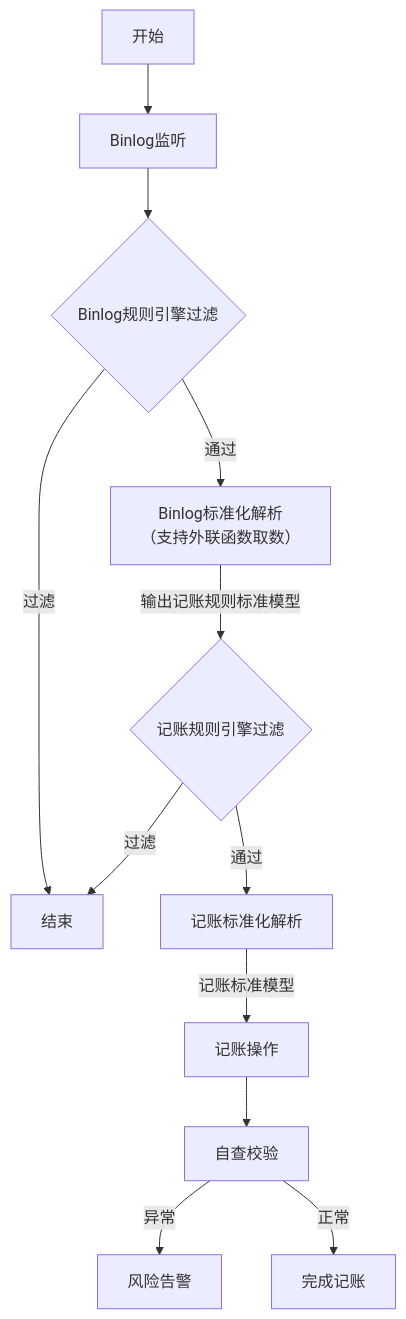
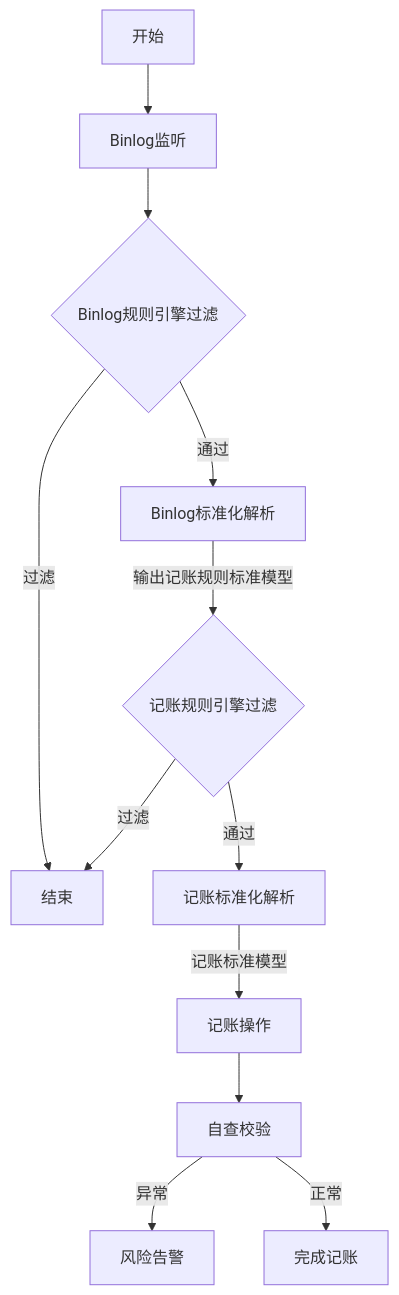
Before and after one commit to 87828943/iodraw-files: the diagram in all/记账架构流程图.md, drawn with Mermaid.

Commit message:
2025-07-07 14:55:30 update

````diff
--- a/all/记账架构流程图.md
+++ b/all/记账架构流程图.md
@@ -1,15 +1,14 @@
 ```mermaid
 graph TD
     Z[开始] --> A
     A[Binlog监听] --> B{Binlog规则引擎过滤}
-    B -->|通过| C[Binlog标准化解析
-    （支持外联函数取数）]
+    B -->|通过| C[Binlog标准化解析]
     B -->|过滤| K[结束]
     C --> |输出记账规则标准模型|D{记账规则引擎过滤}
     D --> |通过|E[记账标准化解析]
     D --> |过滤|K
     E --> |记账标准模型|F[记账操作]
     F --> G[自查校验]
     G -->|异常| H[风险告警]
     G -->|正常| I[完成记账]
 ```
````
